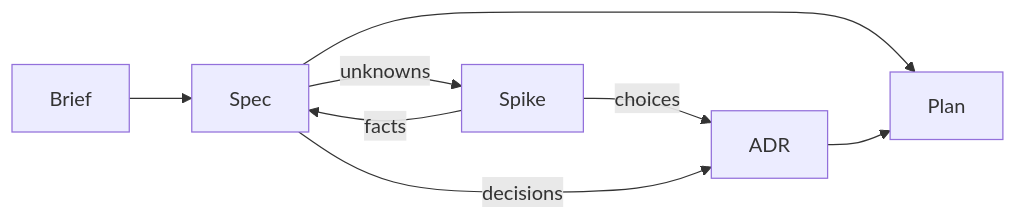
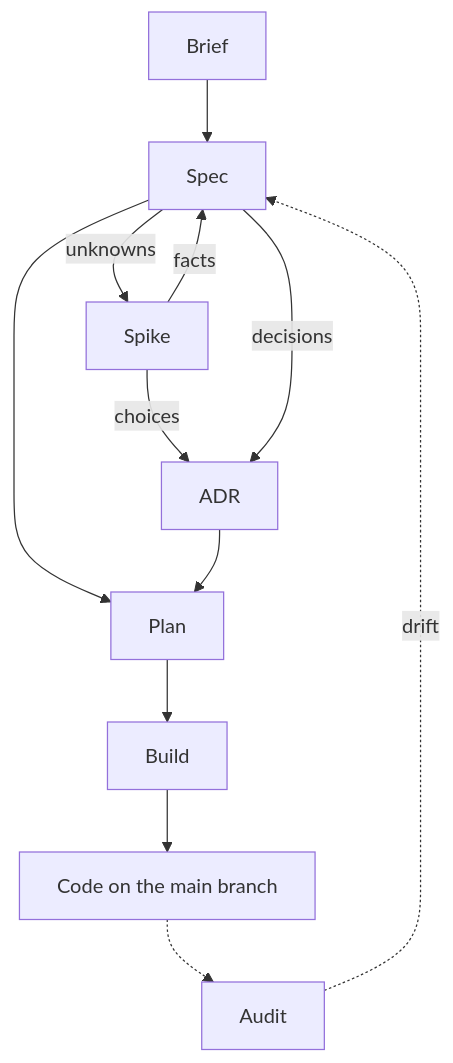
The first of 2 diagrams in README.md (michaelmarconi/agentic-engineering), drawn with Mermaid before and after one commit. The commit also changed other lines of this file and 4 other files, not shown here.

````diff
--- a/README.md
+++ b/README.md
@@ -48,10 +90,14 @@
 ```mermaid
-flowchart LR
+flowchart TD
     Brief --> Spec
     Spec -->|unknowns| Spike
     Spike -->|facts| Spec
     Spike -->|choices| ADR
     Spec -->|decisions| ADR
     Spec --> Plan
     ADR --> Plan
+    Plan --> Build
+    Build --> Code[Code on the main branch]
+    Code -.-> Audit
+    Audit -.->|drift| Spec
 ```
````
